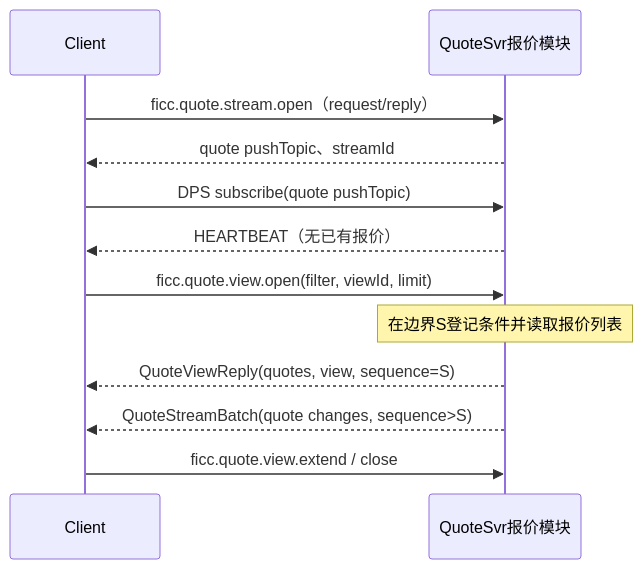
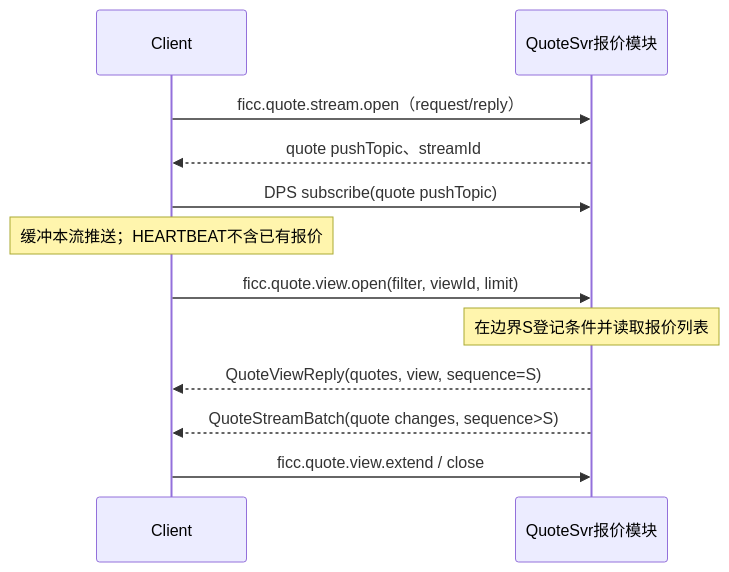
Before and after one commit to stepinto163/cczq-salestrading: the first of 2 diagrams in docs/ficc-api-spec.zh-CN.md, drawn with Mermaid. The commit also changed other lines of this file and 7 other files, not shown here.

````diff
--- a/docs/ficc-api-spec.zh-CN.md
+++ b/docs/ficc-api-spec.zh-CN.md
@@ -3706,14 +3769,14 @@
 ```mermaid
 sequenceDiagram
     participant C as Client
     participant Q as QuoteSvr报价模块
     C->>Q: ficc.quote.stream.open（request/reply）
     Q-->>C: quote pushTopic、streamId
     C->>Q: DPS subscribe(quote pushTopic)
-    Q-->>C: HEARTBEAT（无已有报价）
+    Note over C: 缓冲本流推送；HEARTBEAT不含已有报价
     C->>Q: ficc.quote.view.open(filter, viewId, limit)
     Note over Q: 在边界S登记条件并读取报价列表
     Q-->>C: QuoteViewReply(quotes, view, sequence=S)
     Q-->>C: QuoteStreamBatch(quote changes, sequence>S)
     C->>Q: ficc.quote.view.extend / close
 ```
````
